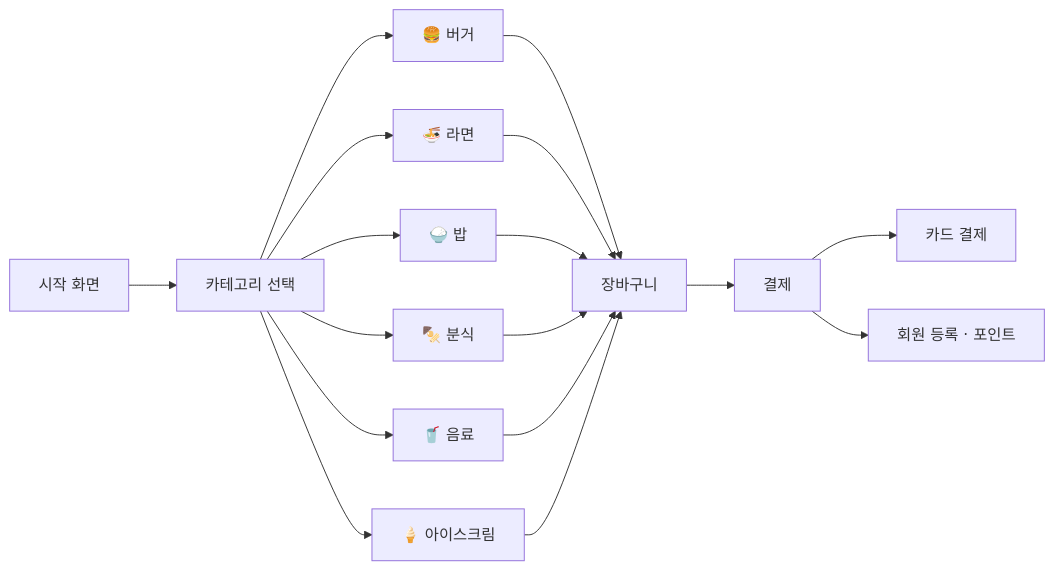
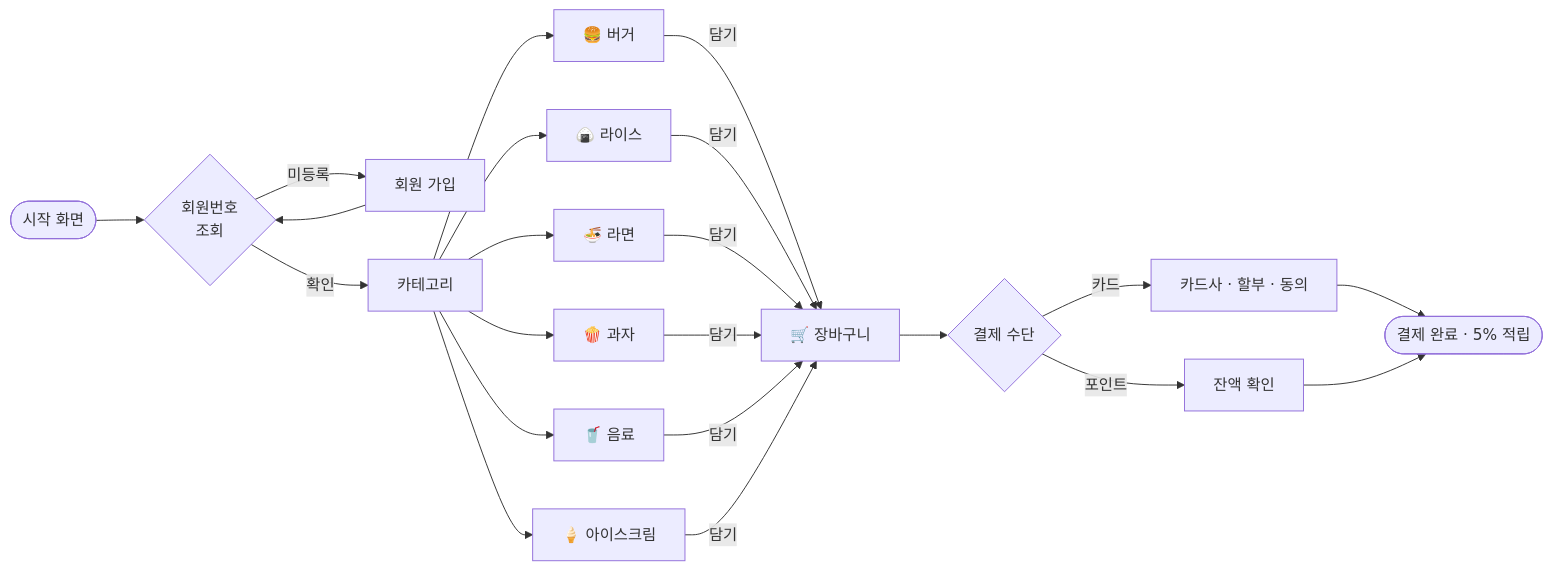
One commit to ChoMinKyeong13/Kiosk changed the diagram in README.md. Above: the diagram before and after it, drawn with Mermaid. The commit also changed other lines of this file, not shown here.

First line of the commit message:
docs: README 보강 — 설계 포인트·핵심 구현·트러블슈팅 추가

````diff
--- a/README.md
+++ b/README.md
@@ -17,14 +28,12 @@
 ```mermaid
 flowchart LR
-    A[시작 화면] --> B[카테고리 선택]
-    B --> C1[🍔 버거]
-    B --> C2[🍜 라면]
-    B --> C3[🍚 밥]
-    B --> C4[🍢 분식]
-    B --> C5[🥤 음료]
-    B --> C6[🍦 아이스크림]
-    C1 & C2 & C3 & C4 & C5 & C6 --> D[장바구니]
-    D --> E[결제]
-    E --> F[카드 결제]
-    E --> G[회원 등록 · 포인트]
+    A([시작 화면]) --> B{회원번호<br>조회}
+    B -- 미등록 --> R[회원 가입] --> B
+    B -- 확인 --> C[카테고리]
+    C --> M1[🍔 버거] & M2[🍙 라이스] & M3[🍜 라면] & M4[🍿 과자] & M5[🥤 음료] & M6[🍦 아이스크림]
+    M1 & M2 & M3 & M4 & M5 & M6 -- 담기 --> D[🛒 장바구니]
+    D --> E{결제 수단}
+    E -- 카드 --> F[카드사 · 할부 · 동의]
+    E -- 포인트 --> G[잔액 확인]
+    F & G --> H([결제 완료 · 5% 적립])
 ```
````
